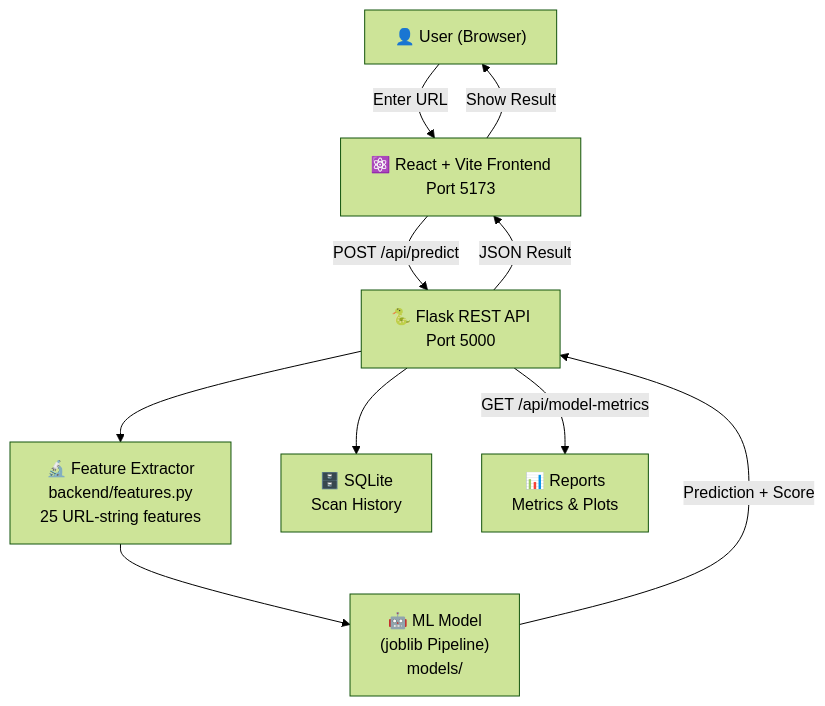
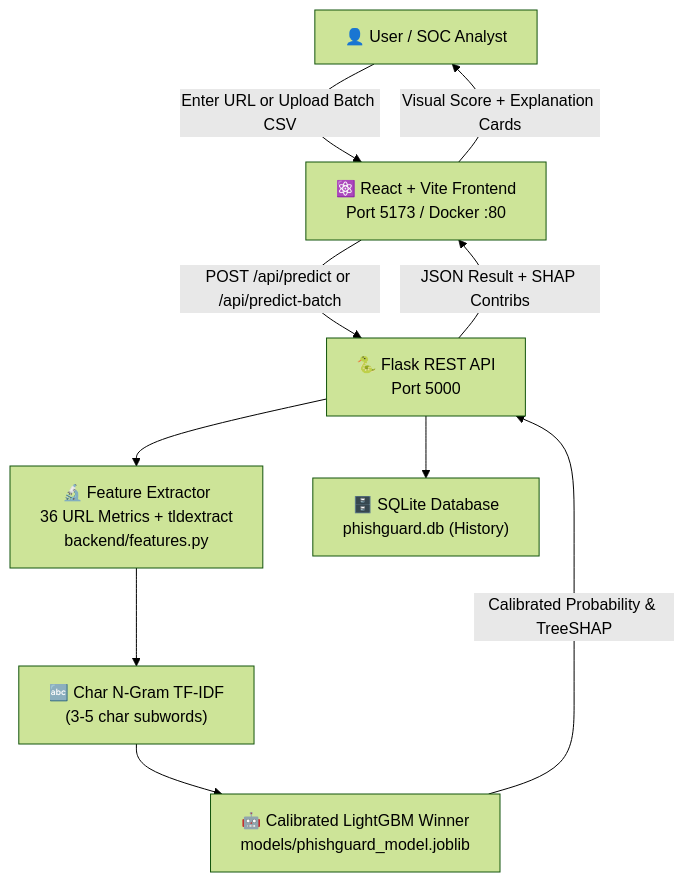
The diagram in README.md (nandanrupesh739/Phishing-Website-Detection), drawn with Mermaid (forest theme) before and after one commit. The commit also changed other lines of this file and 23 other files, not shown here.

````diff
--- a/README.md
+++ b/README.md
@@ -42,20 +36,20 @@
 ```mermaid
 flowchart TD
-    User["👤 User (Browser)"]
-    Frontend["⚛️ React + Vite Frontend\nPort 5173"]
+    User["👤 User / SOC Analyst"]
+    Frontend["⚛️ React + Vite Frontend\nPort 5173 / Docker :80"]
     Backend["🐍 Flask REST API\nPort 5000"]
-    Features["🔬 Feature Extractor\nbackend/features.py\n25 URL-string features"]
-    Model["🤖 ML Model\n(joblib Pipeline)\nmodels/"]
-    DB["🗄️ SQLite\nScan History"]
-    Reports["📊 Reports\nMetrics & Plots"]
+    Features["🔬 Feature Extractor\n36 URL Metrics + tldextract\nbackend/features.py"]
+    Vectorizer["🔤 Char N-Gram TF-IDF\n(3-5 char subwords)"]
+    Model["🤖 Calibrated LightGBM Winner\nmodels/phishguard_model.joblib"]
+    DB["🗄️ SQLite Database\nphishguard.db (History)"]
 
-    User -->|"Enter URL"| Frontend
-    Frontend -->|"POST /api/predict"| Backend
+    User -->|"Enter URL or Upload Batch CSV"| Frontend
+    Frontend -->|"POST /api/predict or /api/predict-batch"| Backend
     Backend --> Features
-    Features --> Model
-    Model -->|"Prediction + Score"| Backend
+    Features --> Vectorizer
+    Vectorizer --> Model
+    Model -->|"Calibrated Probability & TreeSHAP"| Backend
     Backend --> DB
-    Backend -->|"JSON Result"| Frontend
-    Frontend -->|"Show Result"| User
-    Backend -->|"GET /api/model-metrics"| Reports
+    Backend -->|"JSON Result + SHAP Contribs"| Frontend
+    Frontend -->|"Visual Score + Explanation Cards"| User
 ```
````
